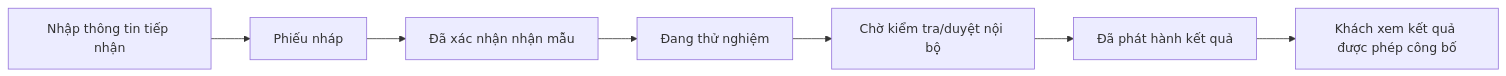
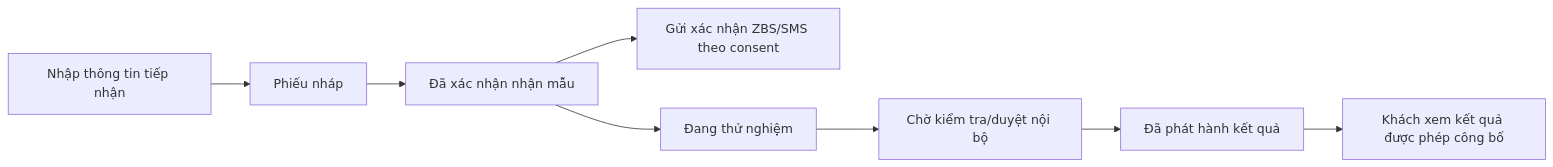
One commit to ThuanNgcodelor/KCSLab changed the diagram in docs/PRD.md. Above: the diagram before and after it, drawn with Mermaid. The commit also changed other lines of this file and 19 other files, not shown here.

````diff
--- a/docs/PRD.md
+++ b/docs/PRD.md
@@ -40,9 +41,10 @@
 ```mermaid
 flowchart LR
     A[Nhập thông tin tiếp nhận] --> B[Phiếu nháp]
     B --> C[Đã xác nhận nhận mẫu]
+    C --> N[Gửi xác nhận ZBS/SMS theo consent]
     C --> D[Đang thử nghiệm]
     D --> E[Chờ kiểm tra/duyệt nội bộ]
     E --> F[Đã phát hành kết quả]
     F --> G[Khách xem kết quả được phép công bố]
 ```
````
